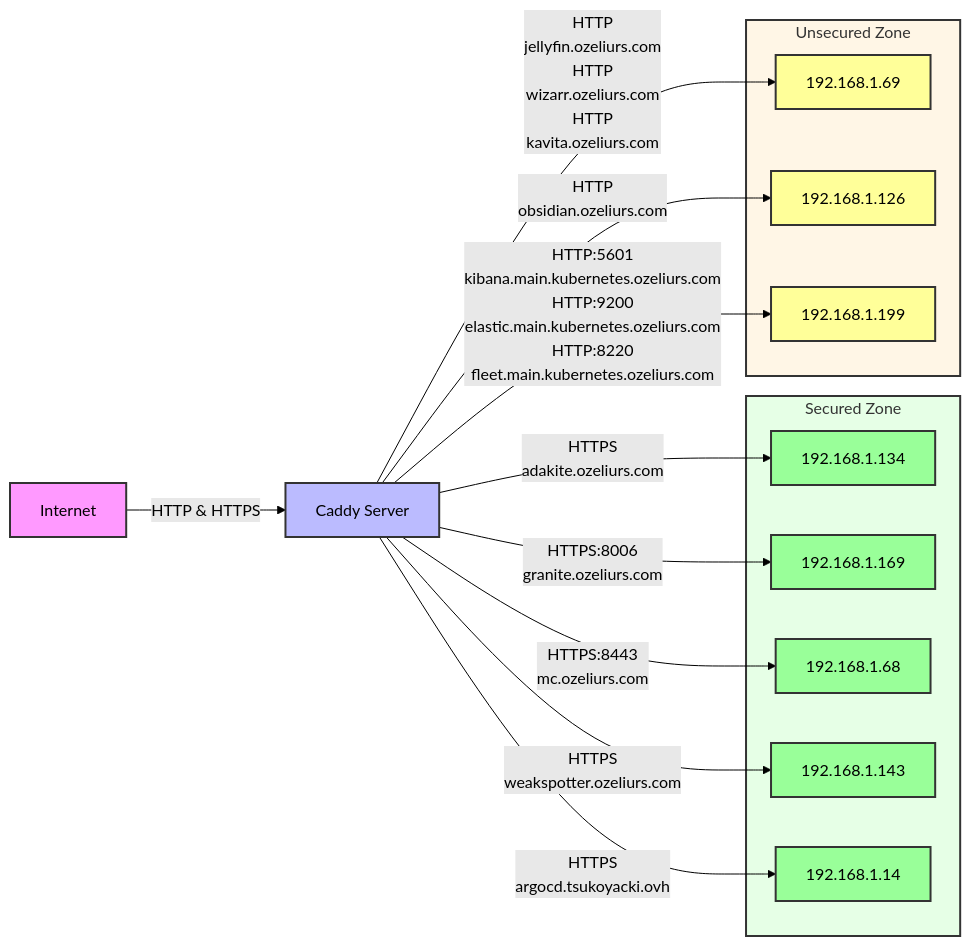
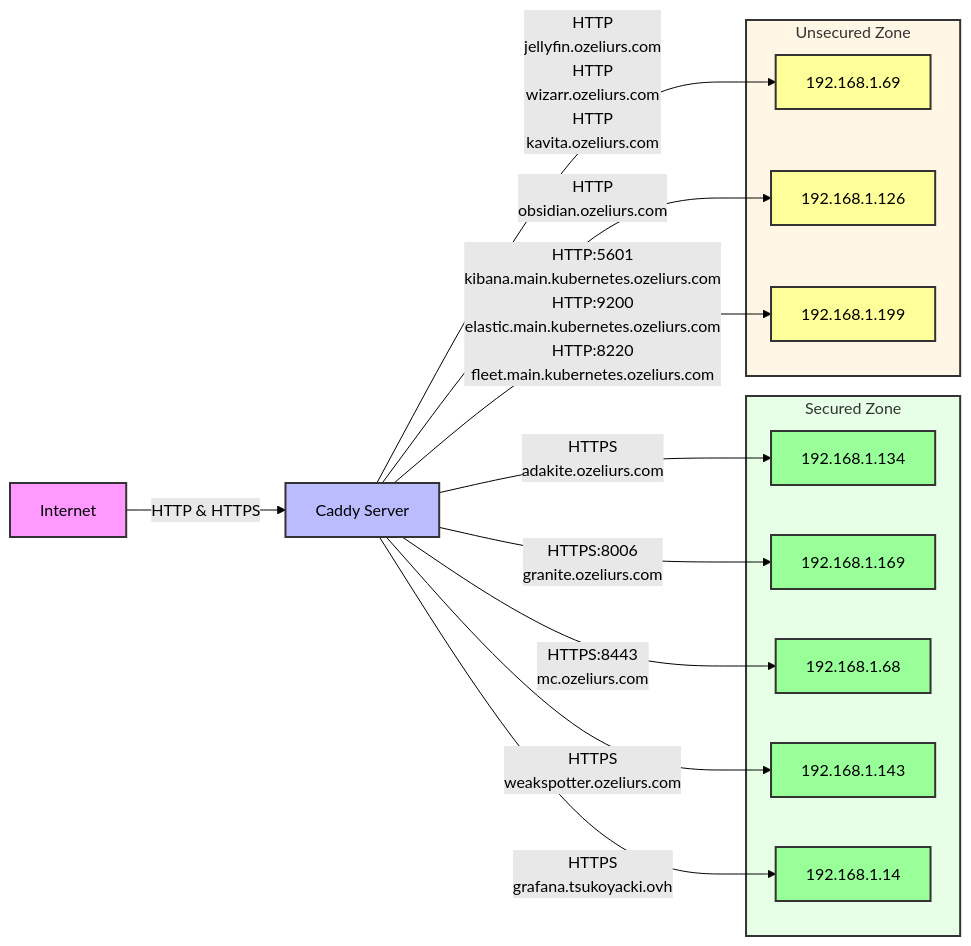
The diagram in README.md (ozeliurs/dc-reverse-proxy-config), drawn with Mermaid (forest theme) before and after one commit. The commit also changed 1 other file, not shown here.

Commit message:
Generate and update Caddyfile, Mermaid diagram, and Dockerfile

````diff
--- a/README.md
+++ b/README.md
@@ -34,54 +34,54 @@
 ```mermaid
 graph LR
     %% Style definitions
     classDef internet fill:#f9f,stroke:#333,stroke-width:2px;
     classDef proxy fill:#bbf,stroke:#333,stroke-width:2px;
     classDef backend fill:#bfb,stroke:#333,stroke-width:2px;
     classDef secure fill:#9f9,stroke:#333,stroke-width:2px;
     classDef unsecure fill:#ff9,stroke:#333,stroke-width:2px;
 
     %% Nodes
     I[Internet]
     C[Caddy Server]
 
     %% Apply styles
     class I internet
     class C proxy
 
     %% Base connections
     I -->|HTTP & HTTPS| C
 
     %% Backend groups
     subgraph Secured[Secured Zone]
         style Secured fill:#e6ffe6,stroke:#333,stroke-width:2px
         S0[192.168.1.134]
         class S0 secure
         S1[192.168.1.169]
         class S1 secure
         S2[192.168.1.68]
         class S2 secure
         S3[192.168.1.143]
         class S3 secure
         S4[192.168.1.14]
         class S4 secure
     end
 
     subgraph Unsecured[Unsecured Zone]
         style Unsecured fill:#fff6e6,stroke:#333,stroke-width:2px
         U0[192.168.1.69]
         class U0 unsecure
         U1[192.168.1.126]
         class U1 unsecure
         U2[192.168.1.199]
         class U2 unsecure
     end
 
     C -->|HTTPS<br>adakite.ozeliurs.com| S0
     C -->|HTTP<br>jellyfin.ozeliurs.com<br>HTTP<br>wizarr.ozeliurs.com<br>HTTP<br>kavita.ozeliurs.com| U0
     C -->|HTTPS:8006<br>granite.ozeliurs.com| S1
     C -->|HTTPS:8443<br>mc.ozeliurs.com| S2
     C -->|HTTP<br>obsidian.ozeliurs.com| U1
     C -->|HTTPS<br>weakspotter.ozeliurs.com| S3
     C -->|HTTP:5601<br>kibana.main.kubernetes.ozeliurs.com<br>HTTP:9200<br>elastic.main.kubernetes.ozeliurs.com<br>HTTP:8220<br>fleet.main.kubernetes.ozeliurs.com| U2
-    C -->|HTTPS<br>argocd.tsukoyacki.ovh| S4
+    C -->|HTTPS<br>grafana.tsukoyacki.ovh| S4
 ```
````
